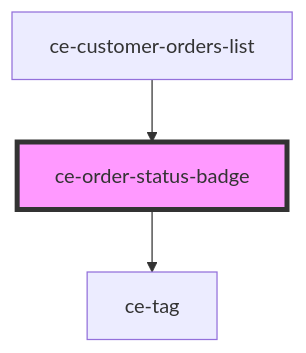
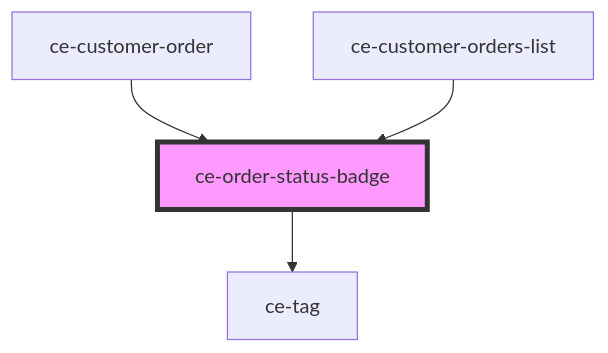
The diagram in packages/components/src/components/ui/order-status-badge/readme.md (surecart/surecart-wp-plugin), drawn with Mermaid before and after one commit. The commit also changed other lines of this file and 101 other files, not shown here.

````diff
--- a/packages/components/src/components/ui/order-status-badge/readme.md
+++ b/packages/components/src/components/ui/order-status-badge/readme.md
@@ -29,6 +30,7 @@
 ```mermaid
 graph TD;
   ce-order-status-badge --> ce-tag
+  ce-customer-order --> ce-order-status-badge
   ce-customer-orders-list --> ce-order-status-badge
   style ce-order-status-badge fill:#f9f,stroke:#333,stroke-width:4px
 ```
````
